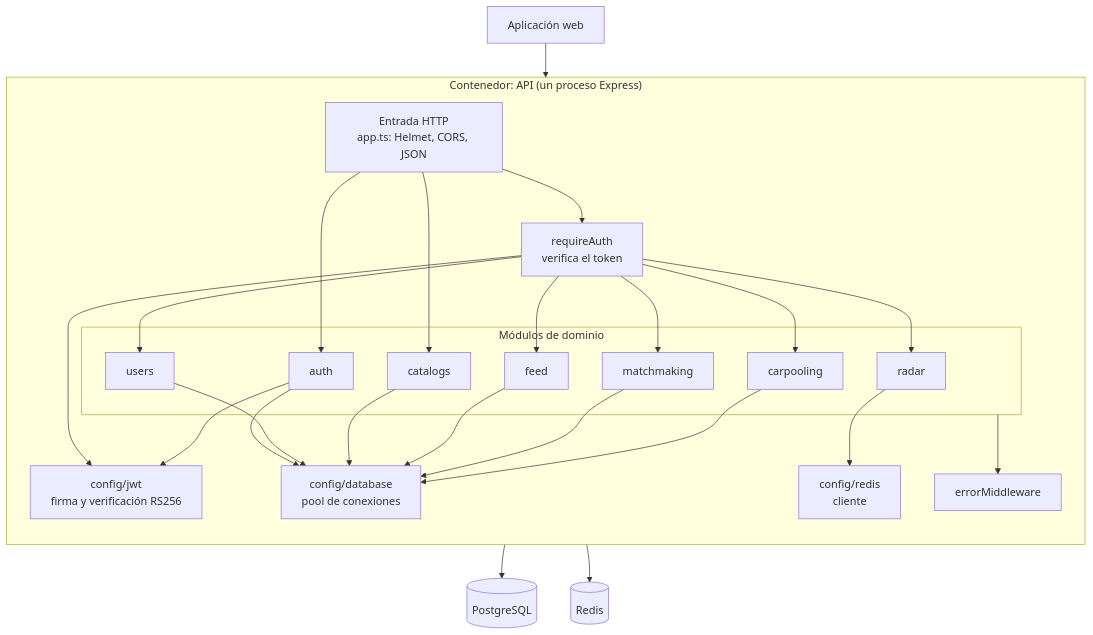
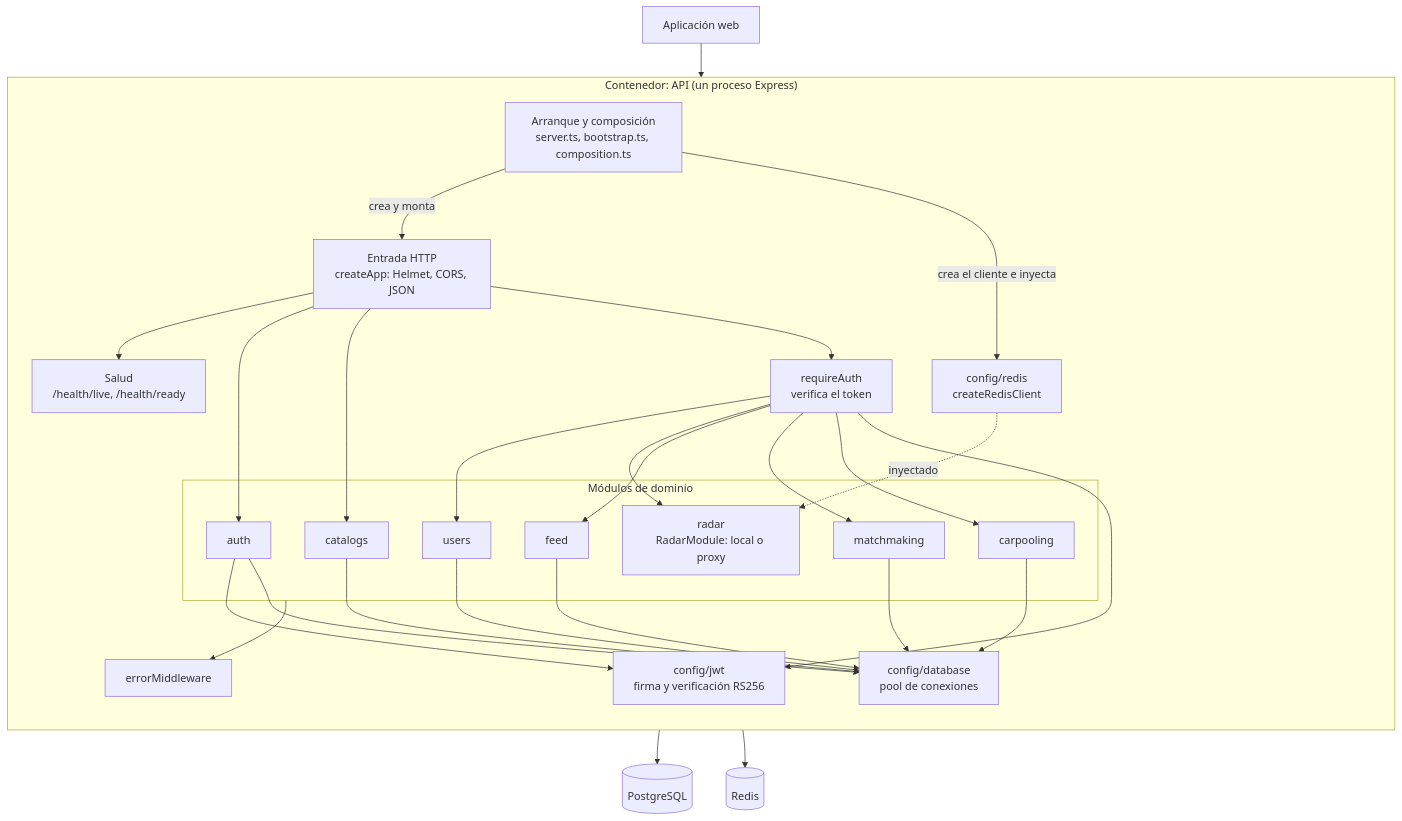
The first of 3 diagrams in docs/04-modelo-c4/03-componentes-del-backend.md (pillacarodriguezuriel-a11y/social_unsch), drawn with Mermaid before and after one commit. The commit also changed other lines of this file and 41 other files, not shown here.

````diff
--- a/docs/04-modelo-c4/03-componentes-del-backend.md
+++ b/docs/04-modelo-c4/03-componentes-del-backend.md
@@ -10,40 +10,45 @@
 ```mermaid
 flowchart TB
     WEB["Aplicación web"]
 
     subgraph API["Contenedor: API (un proceso Express)"]
         direction TB
-        ENT["Entrada HTTP<br/>app.ts: Helmet, CORS, JSON"]
+        BOOT["Arranque y composición<br/>server.ts, bootstrap.ts, composition.ts"]
+        ENT["Entrada HTTP<br/>createApp: Helmet, CORS, JSON"]
+        HEALTH["Salud<br/>/health/live, /health/ready"]
         GUARD["requireAuth<br/>verifica el token"]
 
         subgraph MODS["Módulos de dominio"]
             AUTH["auth"]
             USERS["users"]
             CAT["catalogs"]
-            RADAR["radar"]
+            RADAR["radar<br/>RadarModule: local o proxy"]
             FEED["feed"]
             MATCH["matchmaking"]
             CARP["carpooling"]
         end
 
         ERR["errorMiddleware"]
         JWT["config/jwt<br/>firma y verificación RS256"]
         DBC["config/database<br/>pool de conexiones"]
-        RDC["config/redis<br/>cliente"]
+        RDC["config/redis<br/>createRedisClient"]
     end
 
     PG[("PostgreSQL")]
     RD[("Redis")]
 
+    BOOT -- "crea y monta" --> ENT
+    BOOT -- "crea el cliente e inyecta" --> RDC
     WEB --> ENT
+    ENT --> HEALTH
     ENT --> AUTH & CAT
     ENT --> GUARD
     GUARD --> USERS & RADAR & FEED & MATCH & CARP
     GUARD --> JWT
     AUTH --> JWT
     AUTH & USERS & CAT & FEED & MATCH & CARP --> DBC
-    RADAR --> RDC
+    RDC -. "inyectado" .-> RADAR
     MODS --> ERR
     DBC --> PG
     RDC --> RD
 ```
````
